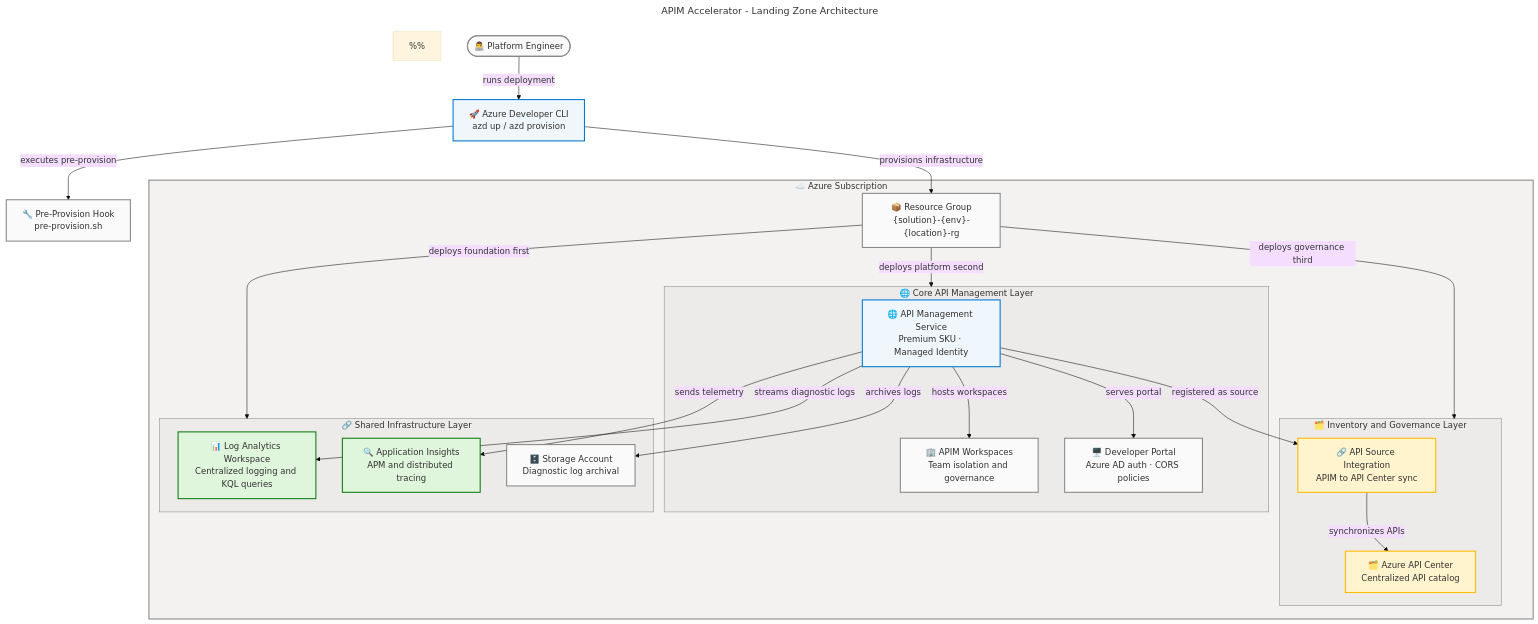
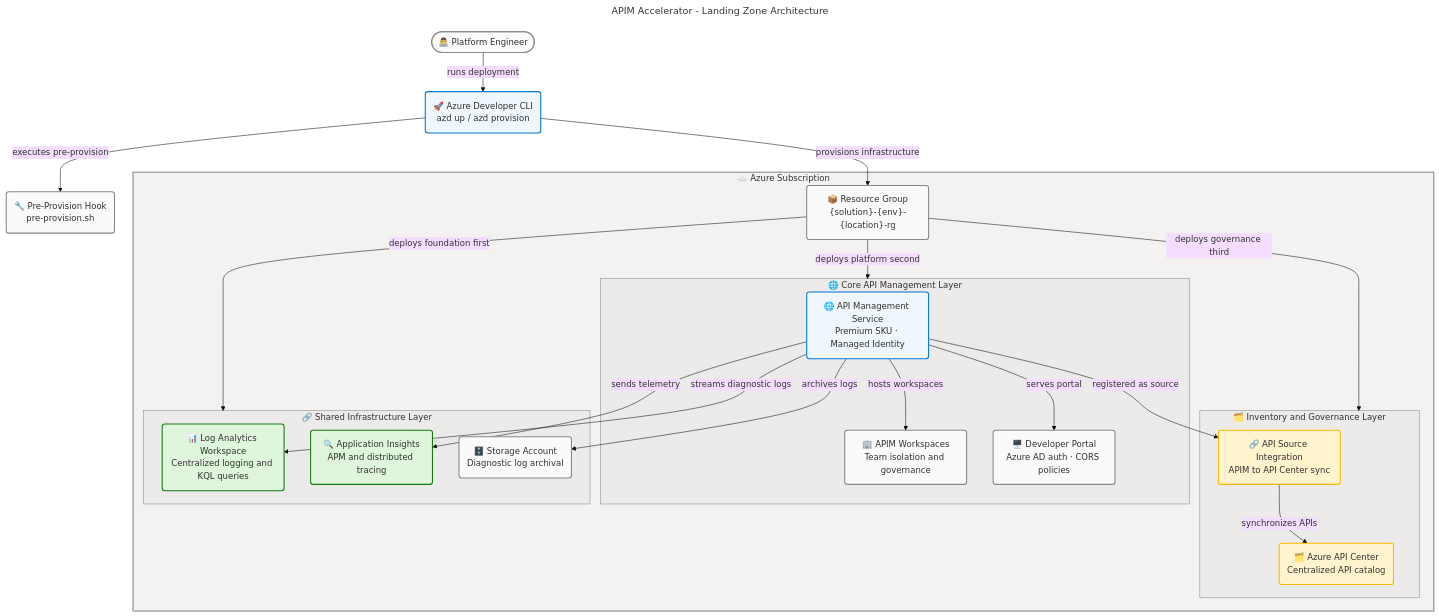
Before and after one commit to Evilazaro/APIM-Accelerator: the diagram in README.md, drawn with Mermaid.

Commit message:
Refactor flowchart in README.md for improved semantic structure and accessibility compliance

````diff
--- a/README.md
+++ b/README.md
@@ -324,82 +324,71 @@
 ```mermaid
 ---
 title: "APIM Accelerator - Landing Zone Architecture"
 config:
   theme: base
   look: classic
   layout: dagre
   themeVariables:
     fontSize: '16px'
   flowchart:
     htmlLabels: true
 ---
 flowchart TB
     accTitle: APIM Accelerator Landing Zone Architecture
     accDescr: Modular Azure API Management landing zone showing deployment flow from Platform Engineer through Azure Developer CLI to Azure subscription resources across three infrastructure layers. Dev=neutral, AzdCLI=core, PreHook=neutral, RG=neutral, LAW=success, AppIns=success, Storage=neutral, APIM=core, Workspaces=neutral, DevPortal=neutral, APICenter=warning, APISource=warning. WCAG AA compliant.
 
-    %%
-    %% AZURE / FLUENT ARCHITECTURE PATTERN v2.0
-    %% (Semantic + Structural + Font + Accessibility Governance)
-    %%
-    %% PHASE 1 - FLUENT UI: All styling uses approved Fluent UI palette only
-    %% PHASE 2 - GROUPS: Every subgraph has semantic color via style directive
-    %% PHASE 3 - COMPONENTS: Every node has semantic classDef + icon prefix
-    %% PHASE 4 - ACCESSIBILITY: accTitle/accDescr present, WCAG AA contrast
-    %% PHASE 5 - STANDARD: Governance block present, classDefs centralized
-    %%
-
     Dev(["👨‍💻 Platform Engineer"])
-    AzdCLI["🚀 Azure Developer CLI\nazd up / azd provision"]
-    PreHook["🔧 Pre-Provision Hook\npre-provision.sh"]
+    AzdCLI("🚀 Azure Developer CLI\nazd up / azd provision")
+    PreHook("🔧 Pre-Provision Hook\npre-provision.sh")
 
     subgraph AzSub ["☁️ Azure Subscription"]
-        RG["📦 Resource Group\n{solution}-{env}-{location}-rg"]
+        RG("📦 Resource Group\n{solution}-{env}-{location}-rg")
 
         subgraph SharedLayer ["🔗 Shared Infrastructure Layer"]
-            LAW["📊 Log Analytics Workspace\nCentralized logging and KQL queries"]
-            AppIns["🔍 Application Insights\nAPM and distributed tracing"]
-            Storage["🗄️ Storage Account\nDiagnostic log archival"]
+            LAW("📊 Log Analytics Workspace\nCentralized logging and KQL queries")
+            AppIns("🔍 Application Insights\nAPM and distributed tracing")
+            Storage("🗄️ Storage Account\nDiagnostic log archival")
         end
 
         subgraph CoreLayer ["🌐 Core API Management Layer"]
-            APIM["🌐 API Management Service\nPremium SKU · Managed Identity"]
-            Workspaces["🏢 APIM Workspaces\nTeam isolation and governance"]
-            DevPortal["🖥️ Developer Portal\nAzure AD auth · CORS policies"]
+            APIM("🌐 API Management Service\nPremium SKU · Managed Identity")
+            Workspaces("🏢 APIM Workspaces\nTeam isolation and governance")
+            DevPortal("🖥️ Developer Portal\nAzure AD auth · CORS policies")
         end
 
         subgraph InventoryLayer ["🗂️ Inventory and Governance Layer"]
-            APICenter["🗂️ Azure API Center\nCentralized API catalog"]
-            APISource["🔗 API Source Integration\nAPIM to API Center sync"]
+            APICenter("🗂️ Azure API Center\nCentralized API catalog")
+            APISource("🔗 API Source Integration\nAPIM to API Center sync")
         end
     end
 
     Dev -- "runs deployment" --> AzdCLI
     AzdCLI -- "executes pre-provision" --> PreHook
     AzdCLI -- "provisions infrastructure" --> RG
     RG -- "deploys foundation first" --> SharedLayer
     RG -- "deploys platform second" --> CoreLayer
     RG -- "deploys governance third" --> InventoryLayer
     APIM -- "sends telemetry" --> AppIns
     APIM -- "streams diagnostic logs" --> LAW
     APIM -- "archives logs" --> Storage
     APIM -- "hosts workspaces" --> Workspaces
     APIM -- "serves portal" --> DevPortal
     APIM -- "registered as source" --> APISource
     APISource -- "synchronizes APIs" --> APICenter
 
     %% Centralized semantic classDefs (AZURE/FLUENT v1.1)
     classDef neutral fill:#FAFAFA,stroke:#8A8886,stroke-width:2px,color:#323130
     classDef core fill:#EFF6FC,stroke:#0078D4,stroke-width:2px,color:#323130
     classDef success fill:#DFF6DD,stroke:#107C10,stroke-width:2px,color:#323130
     classDef warning fill:#FFF4CE,stroke:#FFB900,stroke-width:2px,color:#323130
 
     class Dev,PreHook,RG,Workspaces,DevPortal,Storage neutral
     class AzdCLI,APIM core
     class LAW,AppIns success
     class APICenter,APISource warning
 
     style AzSub fill:#F3F2F1,stroke:#8A8886,stroke-width:2px,color:#323130
     style SharedLayer fill:#EDEBE9,stroke:#8A8886,stroke-width:1px,color:#323130
     style CoreLayer fill:#EDEBE9,stroke:#8A8886,stroke-width:1px,color:#323130
     style InventoryLayer fill:#EDEBE9,stroke:#8A8886,stroke-width:1px,color:#323130
 ```
````
